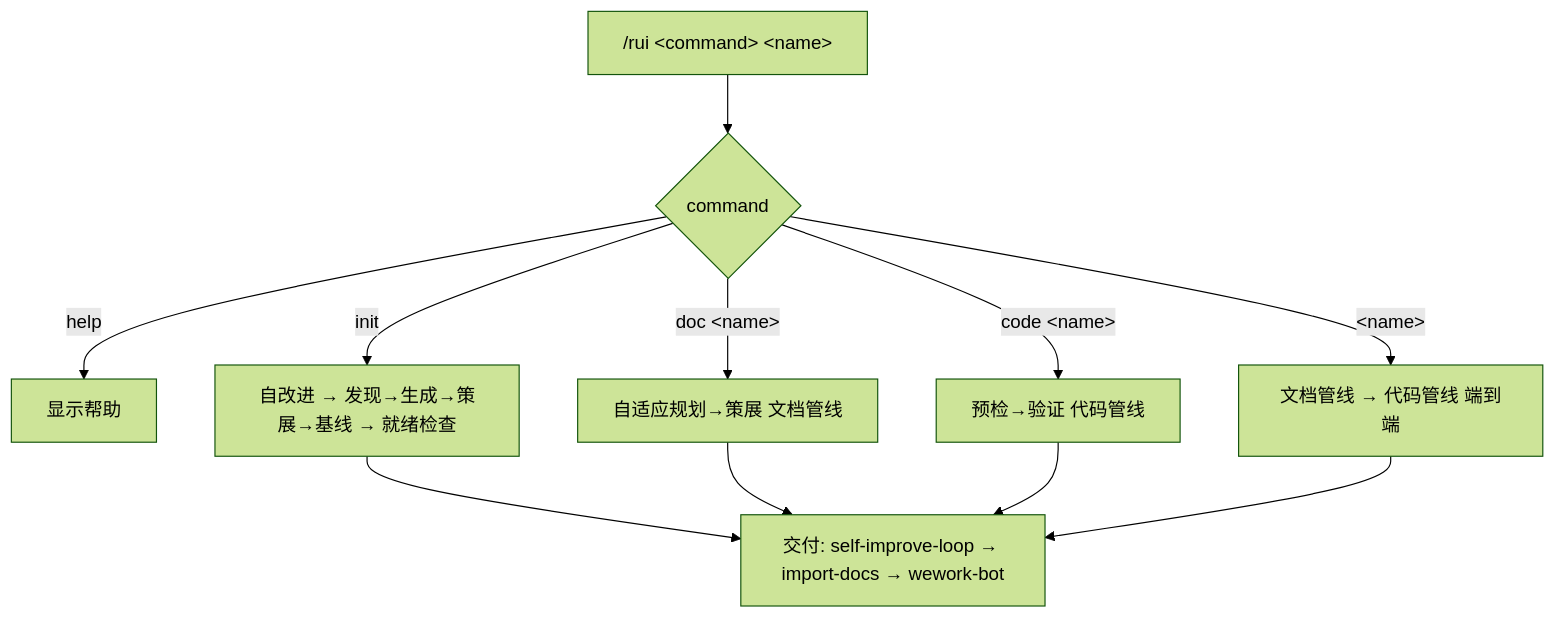
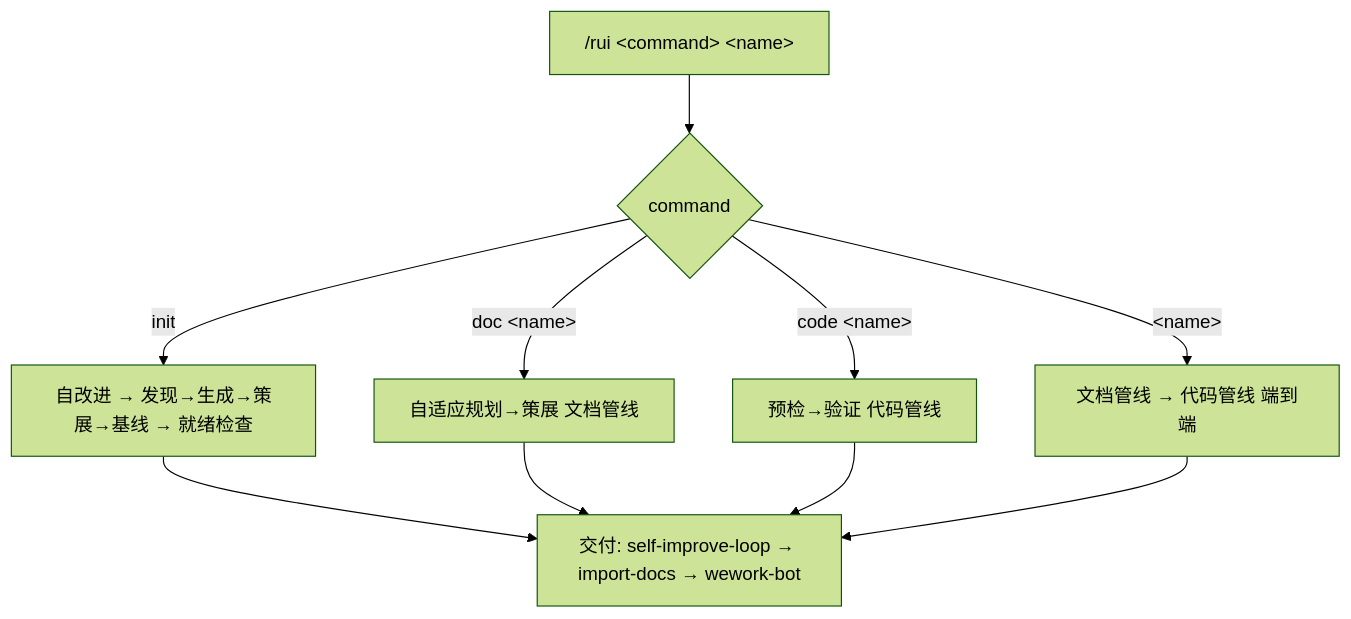
Before and after one commit to effiy/YrY: the first of 3 diagrams in skills/rui/SKILL.md, drawn with Mermaid (forest theme). The commit also changed other lines of this file and 4 other files, not shown here.

````diff
--- a/skills/rui/SKILL.md
+++ b/skills/rui/SKILL.md
@@ -14,14 +14,13 @@
 ```mermaid
 flowchart TD
     USER["/rui &lt;command&gt; &lt;name&gt;"] --> ROUTE{command}
-    ROUTE -->|help| HELP["显示帮助"]
     ROUTE -->|init| INIT["自改进 → 发现→生成→策展→基线 → 就绪检查"]
     ROUTE -->|doc &lt;name&gt;| DOC["自适应规划→策展 文档管线"]
     ROUTE -->|code &lt;name&gt;| CODE["预检→验证 代码管线"]
     ROUTE -->|&lt;name&gt;| FULL["文档管线 → 代码管线 端到端"]
 
     INIT --> DELIVER["交付: self-improve-loop → import-docs → wework-bot"]
     DOC --> DELIVER
     CODE --> DELIVER
     FULL --> DELIVER
 ```
````
